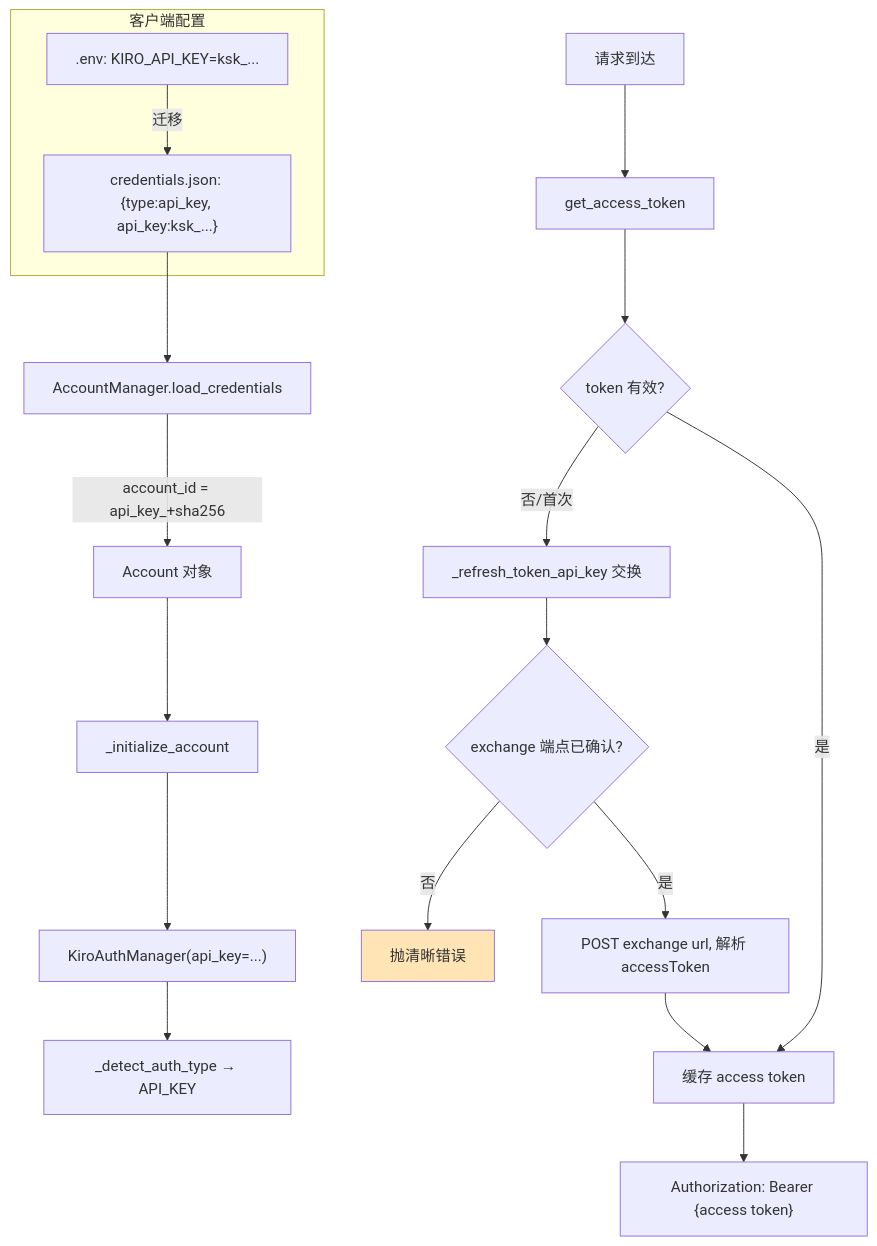
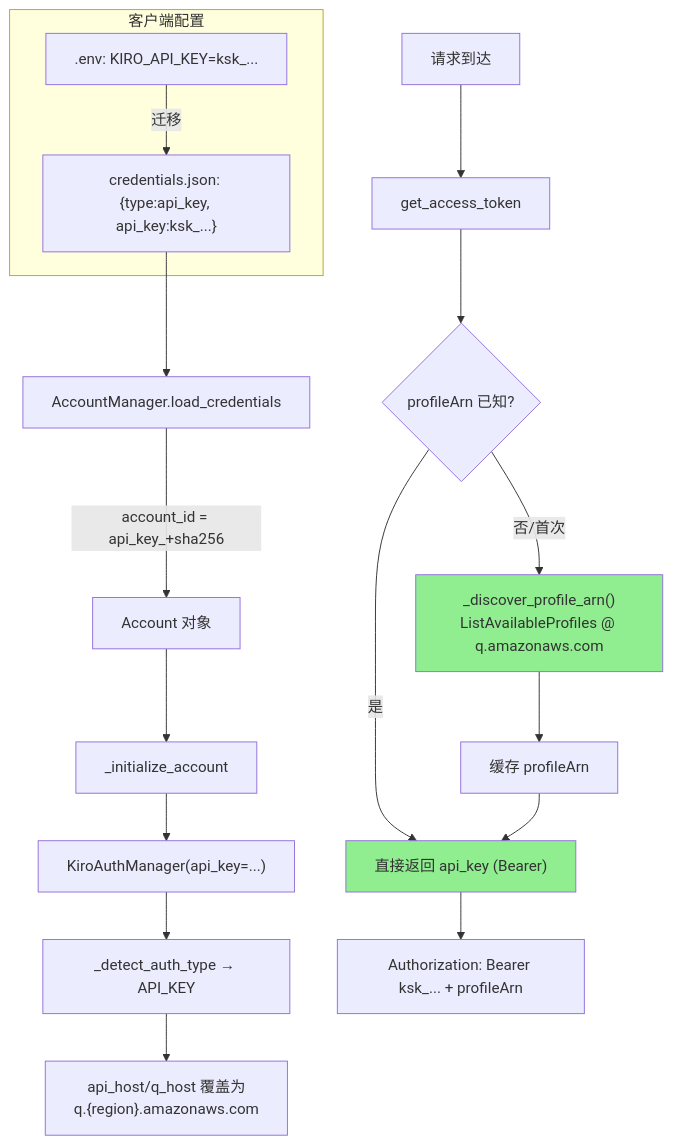
Before and after one commit to liangyimingcom/kiro-gateway_jwadow: the third of 8 diagrams in docs/zh/API_KEY_AUTH_POC_RESULT.md, drawn with Mermaid. The commit also changed other lines of this file and 7 other files, not shown here.

First line of the commit message:
fix(auth): correct API Key protocol to direct Bearer + profile discovery

````diff
--- a/docs/zh/API_KEY_AUTH_POC_RESULT.md
+++ b/docs/zh/API_KEY_AUTH_POC_RESULT.md
@@ -86,26 +111,26 @@
 ```mermaid
 flowchart TD
     subgraph 客户端配置
         ENV[".env: KIRO_API_KEY=ksk_..."]
         JSON["credentials.json: {type:api_key, api_key:ksk_...}"]
     end
 
     ENV -->|迁移| JSON
     JSON --> AM[AccountManager.load_credentials]
     AM -->|account_id = api_key_+sha256| ACC[Account 对象]
     ACC --> INIT[_initialize_account]
     INIT --> KAM["KiroAuthManager(api_key=...)"]
     KAM --> DT[_detect_auth_type → API_KEY]
+    DT --> HOST["api_host/q_host 覆盖为<br/>q.{region}.amazonaws.com"]
 
     REQ[请求到达] --> GET[get_access_token]
-    GET --> EXP{token 有效?}
-    EXP -->|否/首次| EX[_refresh_token_api_key 交换]
-    EX --> CONF{exchange 端点已确认?}
-    CONF -->|否| ERR[抛清晰错误]
-    CONF -->|是| POST[POST exchange url, 解析 accessToken]
-    POST --> TOK[缓存 access token]
-    EXP -->|是| TOK
-    TOK --> HDR["Authorization: Bearer {access token}"]
+    GET --> ARN{profileArn 已知?}
+    ARN -->|否/首次| DISC["_discover_profile_arn()<br/>ListAvailableProfiles @ q.amazonaws.com"]
+    DISC --> CACHE[缓存 profileArn]
+    ARN -->|是| RET
+    CACHE --> RET["直接返回 api_key (Bearer)"]
+    RET --> HDR["Authorization: Bearer ksk_... + profileArn"]
 
-    style ERR fill:#FFE4B5
+    style DISC fill:#90EE90
+    style RET fill:#90EE90
 ```
````
